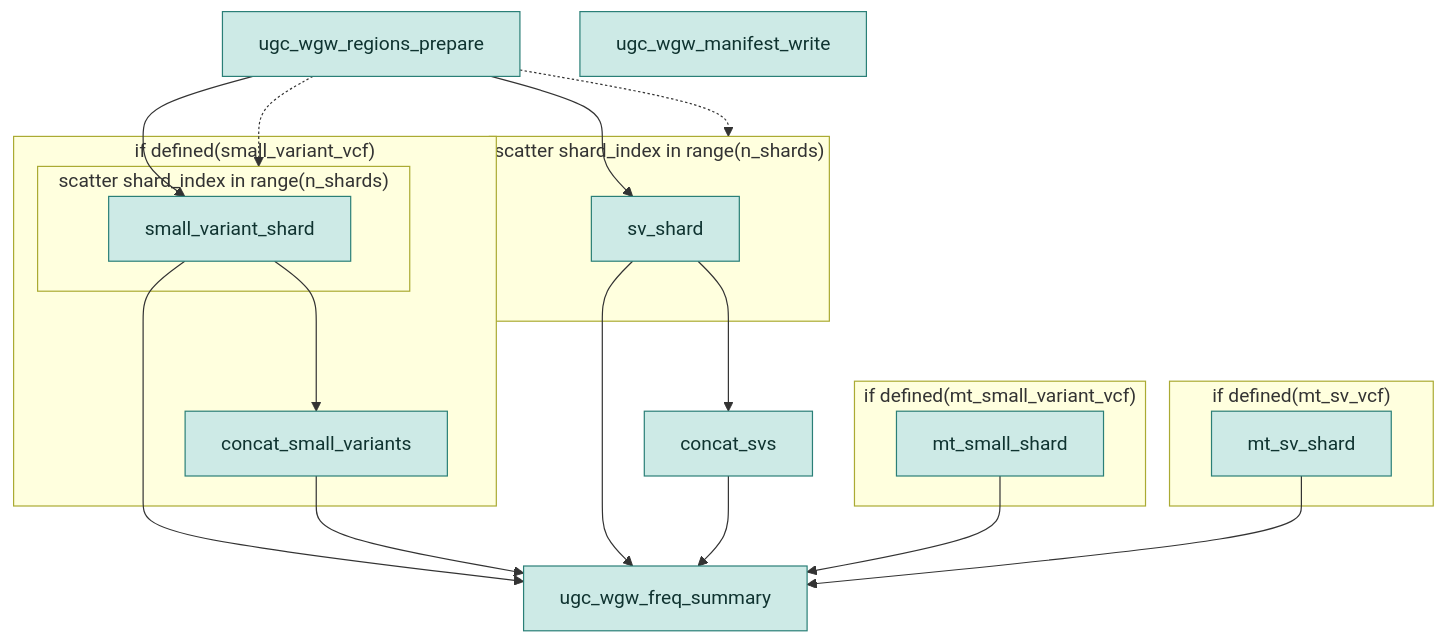
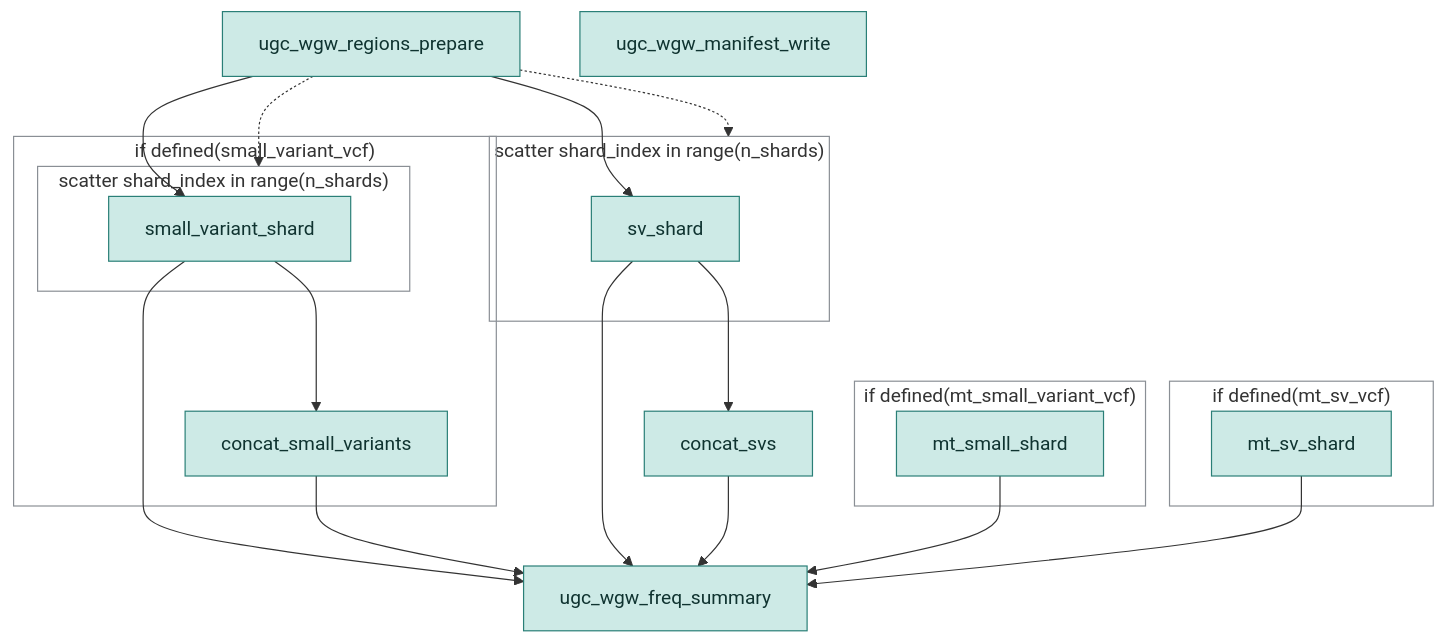
Before and after one commit to UppsalaGenomeCenter/ugc-wgw: the eighth of 13 diagrams in docs/guide/workflow-graphs.md, drawn with Mermaid. The commit also changed other lines of this file and 19 other files, not shown here.

````diff
--- a/docs/guide/workflow-graphs.md
+++ b/docs/guide/workflow-graphs.md
@@ -573,35 +588,37 @@
 ```mermaid
 flowchart TD
   n1["ugc_wgw_regions_prepare"]:::o
   subgraph s1["if defined(small_variant_vcf)"]
     subgraph s2["scatter shard_index in range(n_shards)"]
       n2["small_variant_shard"]:::o
     end
     n3["concat_small_variants"]:::o
   end
   subgraph s3["scatter shard_index in range(n_shards)"]
     n4["sv_shard"]:::o
   end
   n5["concat_svs"]:::o
   subgraph s4["if defined(mt_small_variant_vcf)"]
     n6["mt_small_shard"]:::o
   end
   subgraph s5["if defined(mt_sv_vcf)"]
     n7["mt_sv_shard"]:::o
   end
   n8["ugc_wgw_freq_summary"]:::o
   n9["ugc_wgw_manifest_write"]:::o
   n1 --> n2
   n1 --> n4
   n1 -.-> s2
   n1 -.-> s3
   n2 --> n3
   n2 --> n8
   n3 --> n8
   n4 --> n5
   n4 --> n8
   n5 --> n8
   n6 --> n8
   n7 --> n8
   classDef o fill:#cdeae6,stroke:#2a7f77,color:#0f3330
+  classDef b fill:none,stroke:#8a8f95
+  class s1,s2,s3,s4,s5 b
 ```
````
